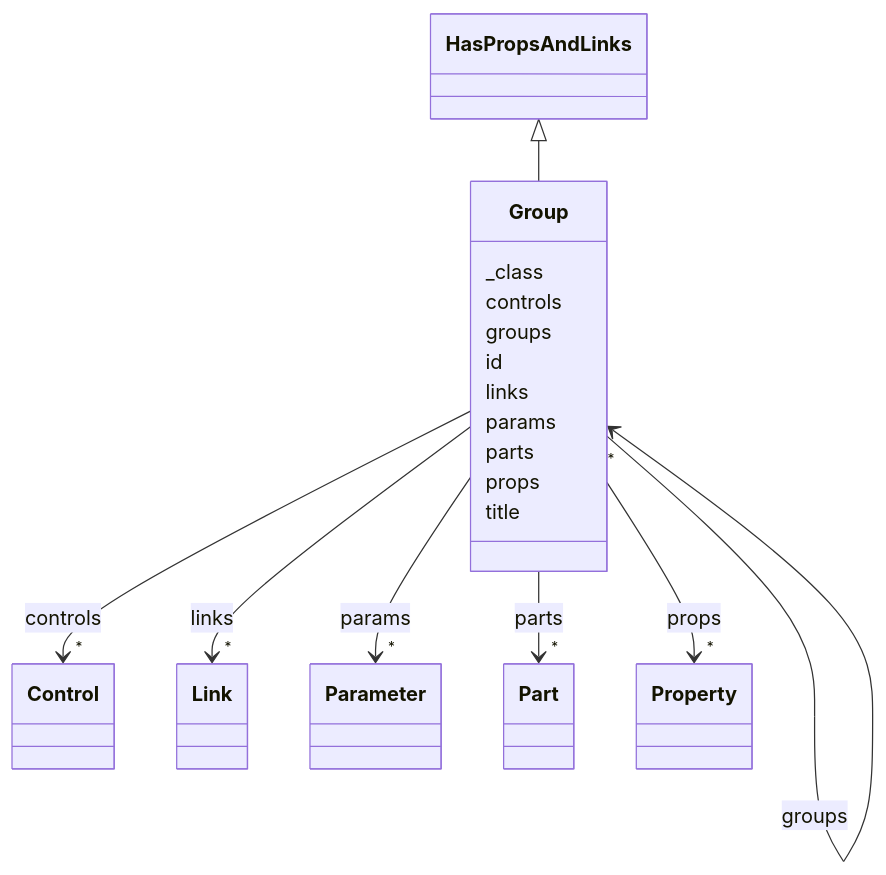
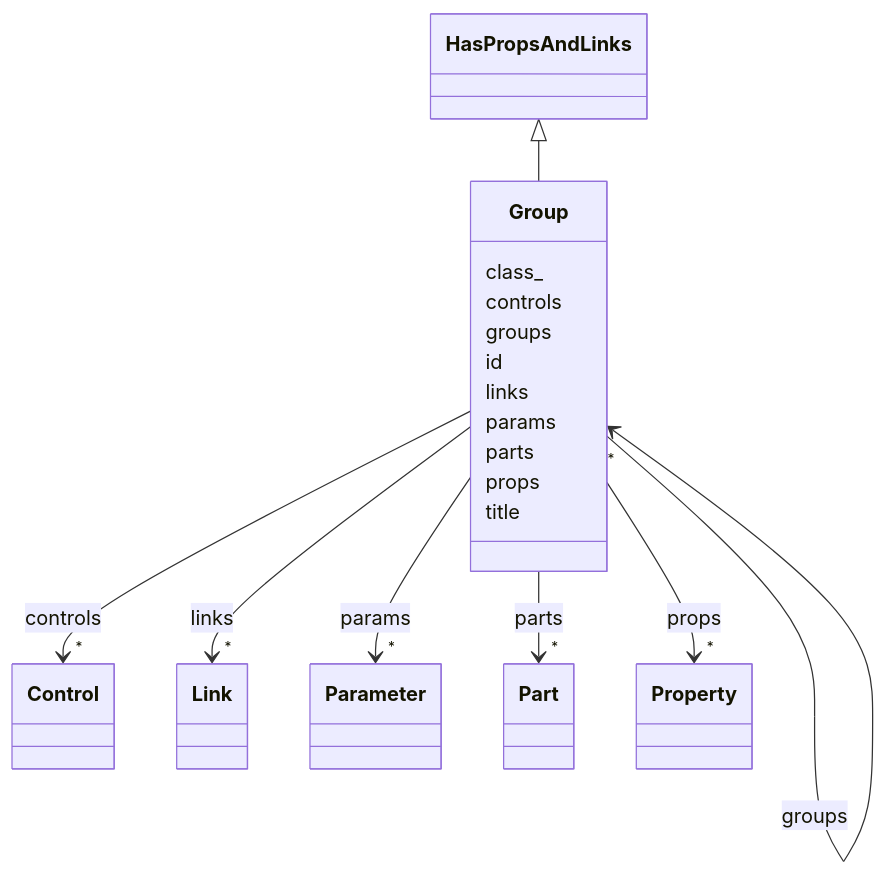
One commit to lmodel/oscal changed the diagram in project/mermaid/Group.md. Above: the diagram before and after it, drawn with Mermaid. The commit also changed 434 other files, not shown here.

Commit message:
fix(schema): stamp the modules for 1.2.3 and regenerate extended outputs

````diff
--- a/project/mermaid/Group.md
+++ b/project/mermaid/Group.md
@@ -4,81 +4,81 @@
 ```mermaid
  classDiagram
     class Group
     click Group href "../Group"
       HasPropsAndLinks <|-- Group
         click HasPropsAndLinks href "../HasPropsAndLinks"
       
-      Group : _class
+      Group : class_
         
       Group : controls
         
           
     
         
         
         Group --> "*" Control : controls
         click Control href "../Control"
     
 
         
       Group : groups
         
           
     
         
         
         Group --> "*" Group : groups
         click Group href "../Group"
     
 
         
       Group : id
         
       Group : links
         
           
     
         
         
         Group --> "*" Link : links
         click Link href "../Link"
     
 
         
       Group : params
         
           
     
         
         
         Group --> "*" Parameter : params
         click Parameter href "../Parameter"
     
 
         
       Group : parts
         
           
     
         
         
         Group --> "*" Part : parts
         click Part href "../Part"
     
 
         
       Group : props
         
           
     
         
         
         Group --> "*" Property : props
         click Property href "../Property"
     
 
         
       Group : title
         
       
 ```
````
